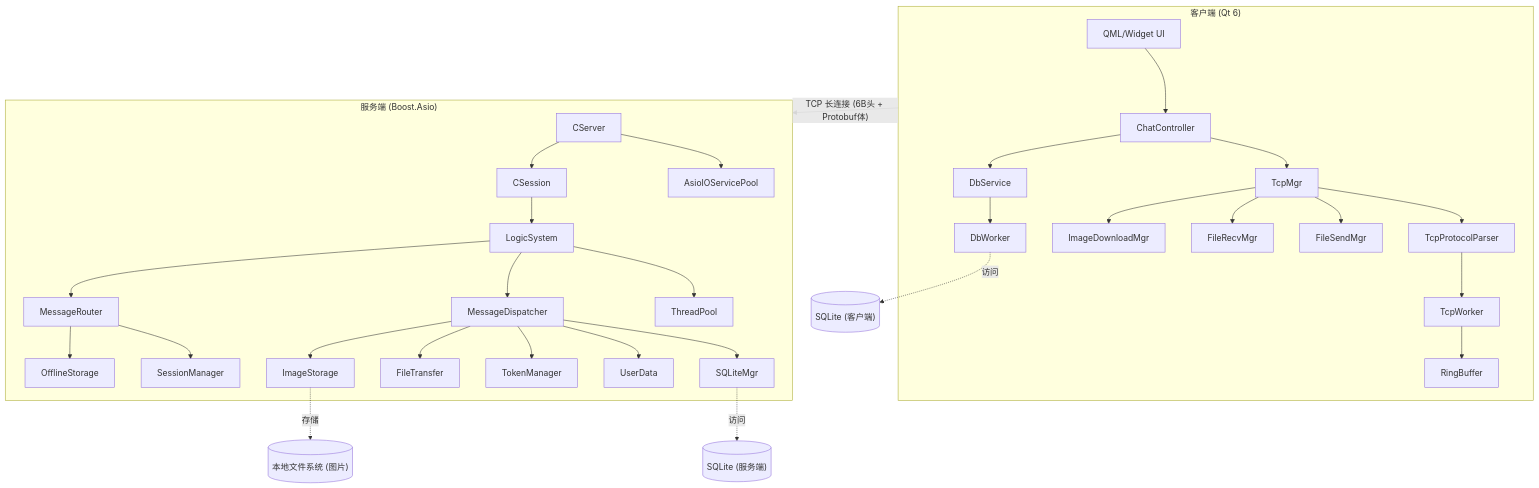
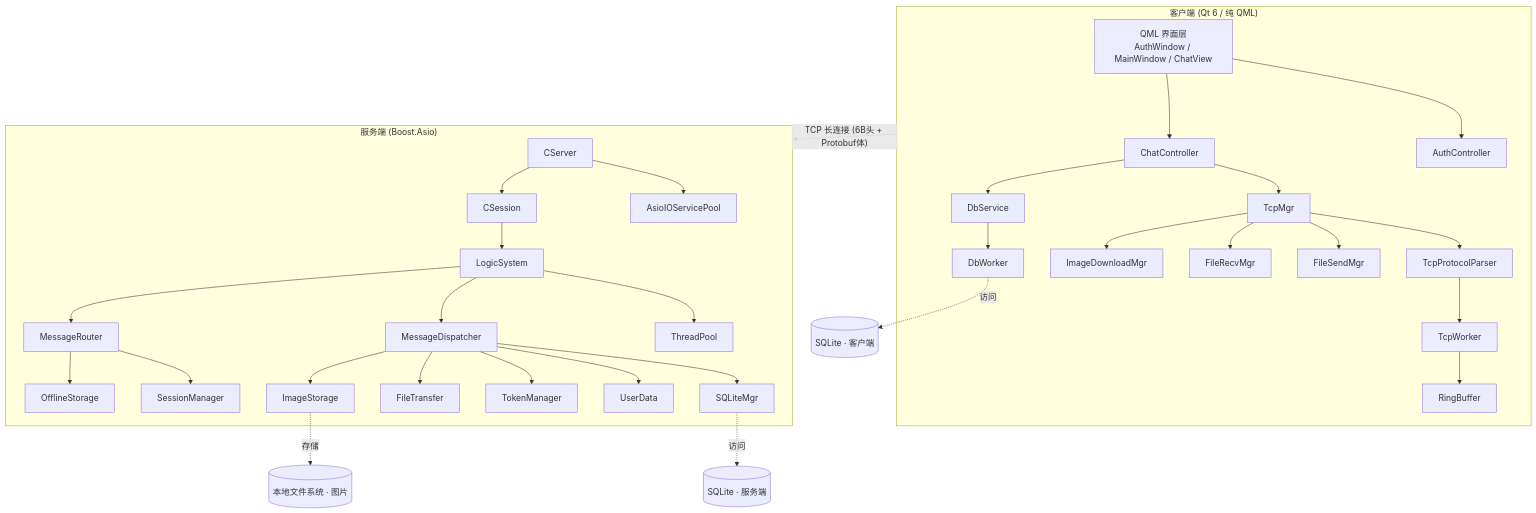
The diagram in README.md (msrnnnnn/msrChat), drawn with Mermaid before and after one commit. The commit also changed other lines of this file, not shown here.

````diff
--- a/README.md
+++ b/README.md
@@ -36,64 +55,66 @@
 ```mermaid
 graph TD
-    subgraph Client["客户端 (Qt 6)"]
-        UI["QML/Widget UI"]
+    subgraph Client["客户端 (Qt 6 / 纯 QML)"]
+        UI["QML 界面层<br>AuthWindow / MainWindow / ChatView"]
+        AC["AuthController"]
         CC["ChatController"]
         TM["TcpMgr"]
         TPP["TcpProtocolParser"]
         TW["TcpWorker"]
         RB["RingBuffer"]
         FSM["FileSendMgr"]
         FRM["FileRecvMgr"]
         IDM["ImageDownloadMgr"]
         DS["DbService"]
         DW["DbWorker"]
 
+        UI --> AC
         UI --> CC
         CC --> TM
         TM --> TPP
         TPP --> TW
         TW --> RB
         TM --> FSM
         TM --> FRM
         TM --> IDM
         CC --> DS
         DS --> DW
     end
 
     subgraph Server["服务端 (Boost.Asio)"]
         CS["CServer"]
         ASIOP["AsioIOServicePool"]
         TP["ThreadPool"]
         S["CSession"]
         SM["SessionManager"]
         LS["LogicSystem"]
         MD["MessageDispatcher"]
         MR["MessageRouter"]
         DB["SQLiteMgr"]
         UD["UserData"]
         OS["OfflineStorage"]
         TMGR["TokenManager"]
         FT["FileTransfer"]
         IS["ImageStorage"]
 
         CS --> ASIOP
         CS --> S
         S --> LS
         LS --> TP
         LS --> MD
         LS --> MR
         MR --> SM
         MR --> OS
         MD --> DB
         MD --> UD
         MD --> TMGR
         MD --> FT
         MD --> IS
     end
 
     Client -->|"TCP 长连接 (6B头 + Protobuf体)"| Server
 
-    DB -.->|"访问"| SQLiteS[("SQLite (服务端)")]
-    DW -.->|"访问"| SQLiteC[("SQLite (客户端)")]
-    IS -.->|"存储"| ImgFS[("本地文件系统 (图片)")]
+    DB -.->|"访问"| SQLiteS[("SQLite · 服务端")]
+    DW -.->|"访问"| SQLiteC[("SQLite · 客户端")]
+    IS -.->|"存储"| ImgFS[("本地文件系统 · 图片")]
 ```
````
